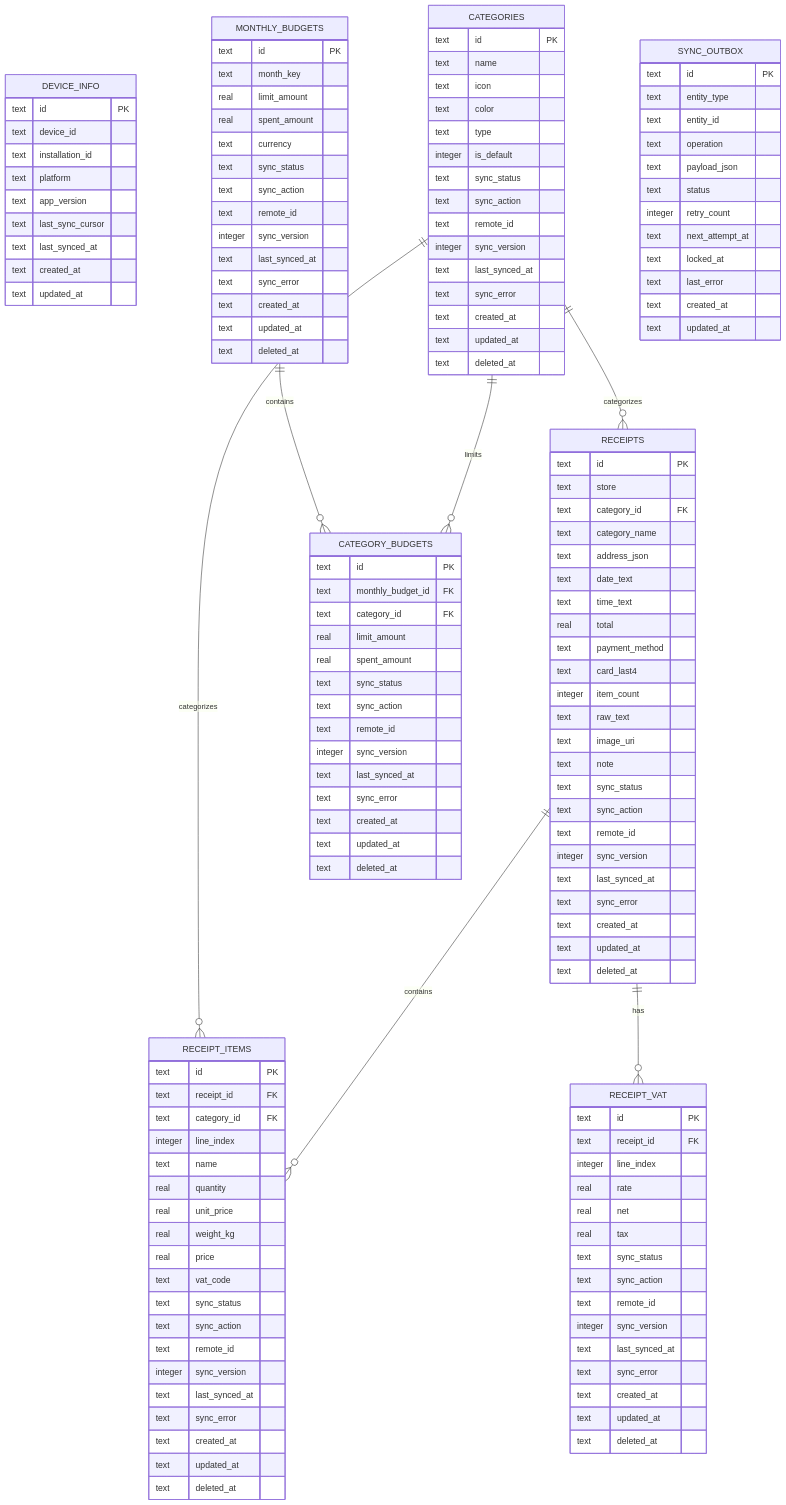
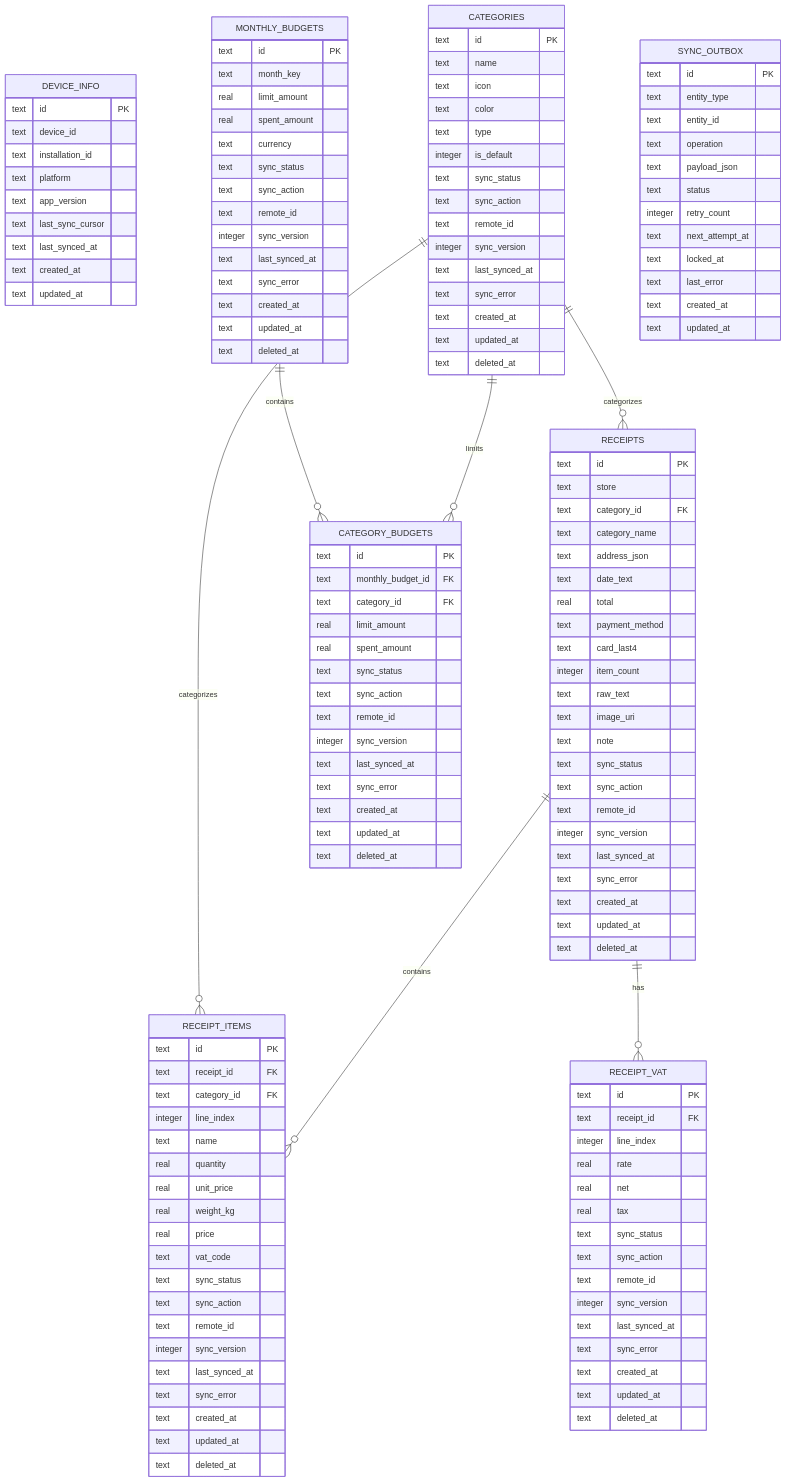
The diagram in docs/mobile-db-erd.md (5aad/klar-kasse), drawn with Mermaid before and after one commit. The commit also changed 4 other files, not shown here.

```diff
--- a/docs/mobile-db-erd.md
+++ b/docs/mobile-db-erd.md
@@ -39,7 +39,6 @@
     text category_name
     text address_json
     text date_text
-    text time_text
     real total
     text payment_method
     text card_last4
```
